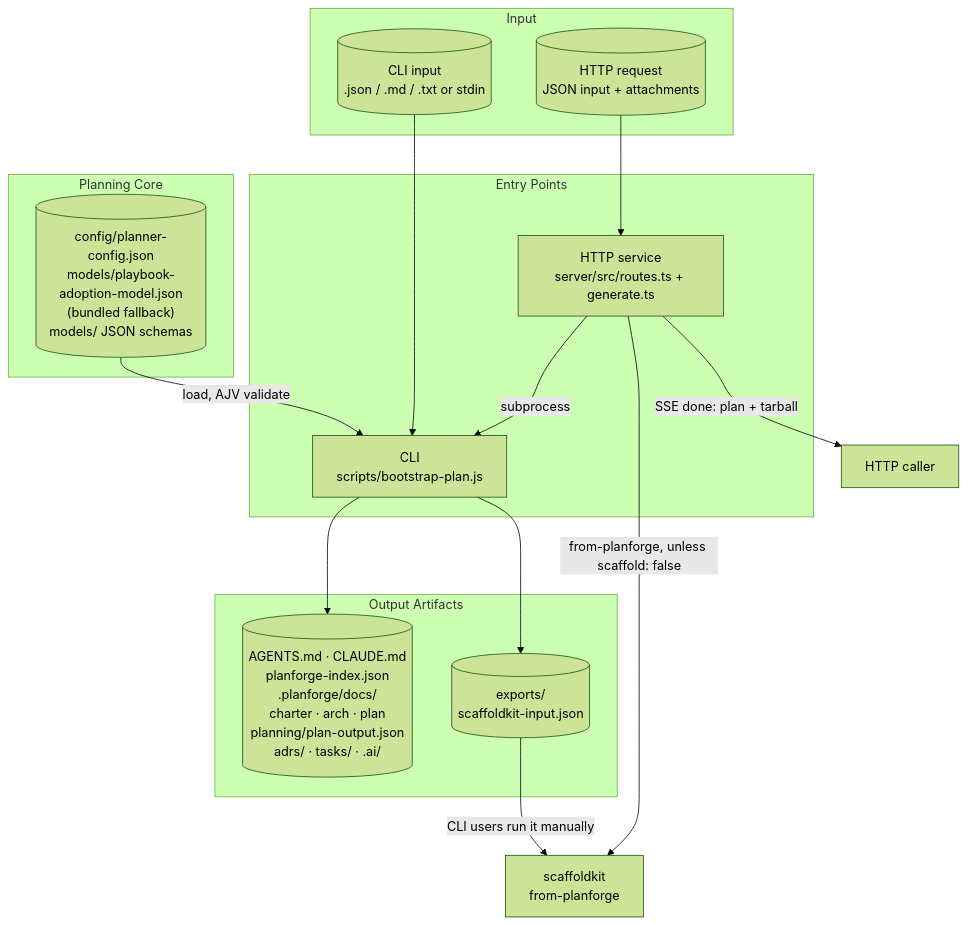
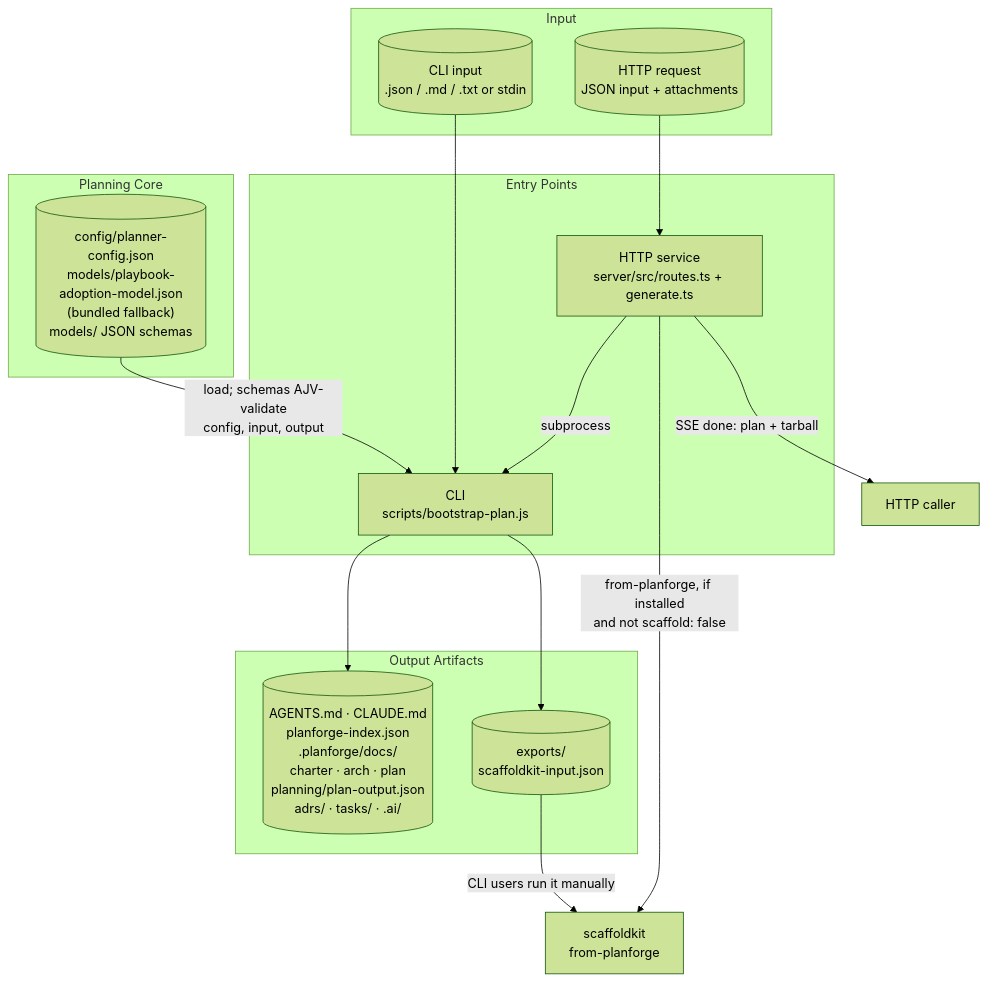
Before and after one commit to LanNguyenSi/agent-planforge: the first of 3 diagrams in docs/architecture.md, drawn with Mermaid (forest theme). The commit also changed other lines of this file and 1 other file, not shown here.

````diff
--- a/docs/architecture.md
+++ b/docs/architecture.md
@@ -9,34 +9,34 @@
 ```mermaid
 flowchart TD
   subgraph inputs["Input"]
     I1[("CLI input<br/>.json / .md / .txt or stdin")]
     I2[("HTTP request<br/>JSON input + attachments")]
   end
 
   subgraph entry["Entry Points"]
     E1["CLI<br/>scripts/bootstrap-plan.js"]
     E2["HTTP service<br/>server/src/routes.ts + generate.ts"]
   end
 
   subgraph core["Planning Core"]
     C1[("config/planner-config.json<br/>models/playbook-adoption-model.json<br/>(bundled fallback)<br/>models/ JSON schemas")]
   end
 
   subgraph artifacts["Output Artifacts"]
     O0[("AGENTS.md · CLAUDE.md<br/>planforge-index.json<br/>.planforge/docs/<br/>charter · arch · plan<br/>planning/plan-output.json<br/>adrs/ · tasks/ · .ai/")]
     O4[("exports/<br/>scaffoldkit-input.json")]
   end
 
   SK["scaffoldkit<br/>from-planforge"]
   CL["HTTP caller"]
 
   I1 --> E1
   I2 --> E2
   E2 -->|"subprocess"| E1
-  C1 -->|"load, AJV validate"| E1
+  C1 -->|"load; schemas AJV-validate<br/>config, input, output"| E1
   E1 --> O0
   E1 --> O4
   O4 -->|"CLI users run it manually"| SK
-  E2 -->|"from-planforge, unless scaffold: false"| SK
+  E2 -->|"from-planforge, if installed<br/>and not scaffold: false"| SK
   E2 -->|"SSE done: plan + tarball"| CL
 ```
````
